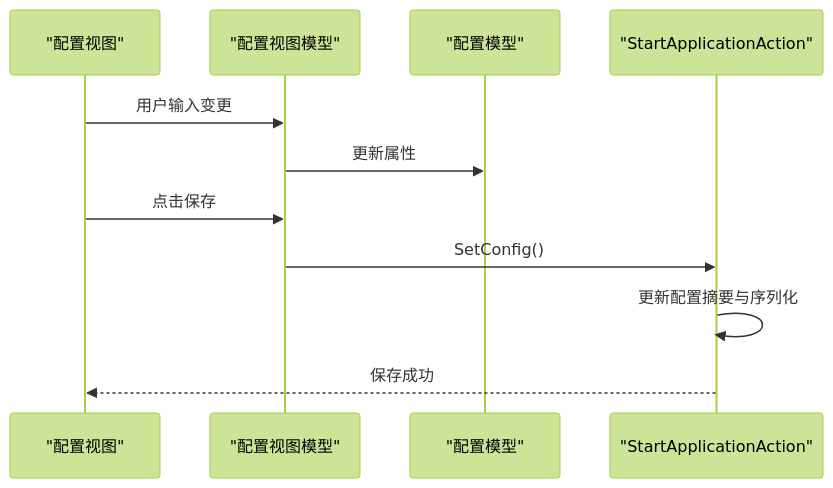
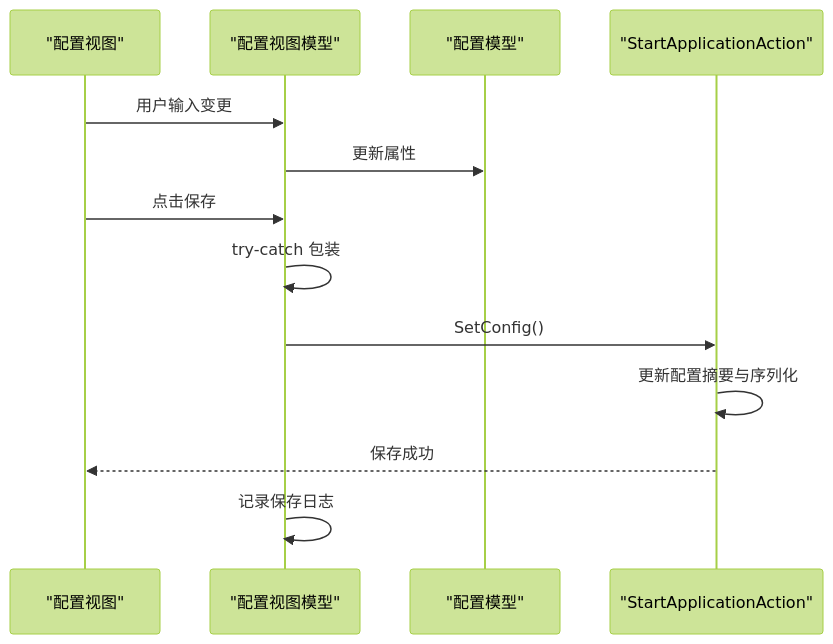
The fifth of 7 diagrams in .qoder/repowiki/zh/content/核心功能/应用程序管理.md (tea4go/Macro-Deck-Windows-Utils-Plugin), drawn with Mermaid (forest theme) before and after one commit. The commit also changed other lines of this file and 16 other files, not shown here.

````diff
--- a/.qoder/repowiki/zh/content/核心功能/应用程序管理.md
+++ b/.qoder/repowiki/zh/content/核心功能/应用程序管理.md
@@ -261,13 +285,15 @@
 ```mermaid
 sequenceDiagram
 participant UI as "配置视图"
 participant VM as "配置视图模型"
 participant M as "配置模型"
 participant ACT as "StartApplicationAction"
 UI->>VM : 用户输入变更
 VM->>M : 更新属性
 UI->>VM : 点击保存
+VM->>VM : try-catch 包装
 VM->>ACT : SetConfig()
 ACT->>ACT : 更新配置摘要与序列化
 ACT-->>UI : 保存成功
+VM->>VM : 记录保存日志
 ```
````
